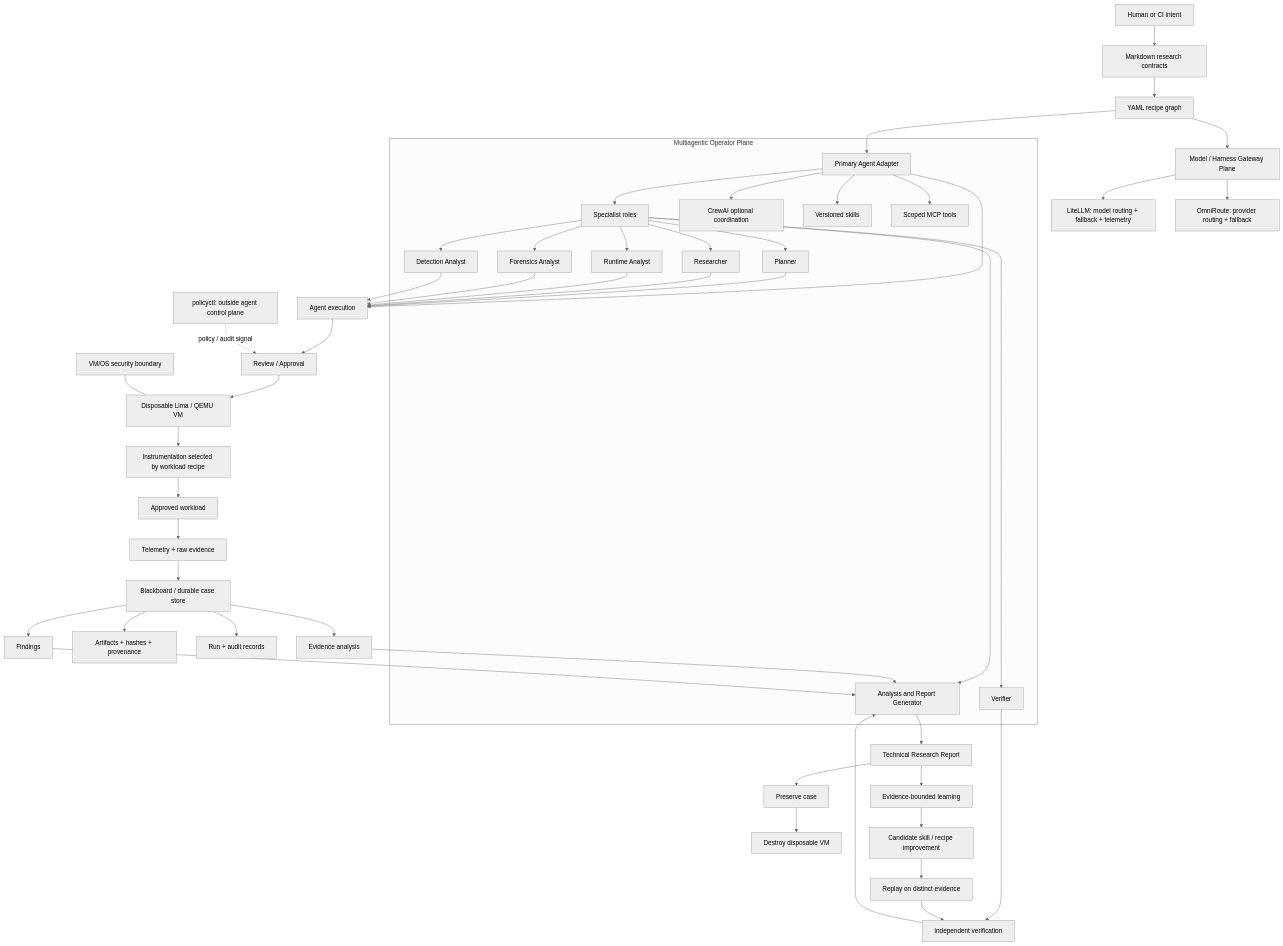
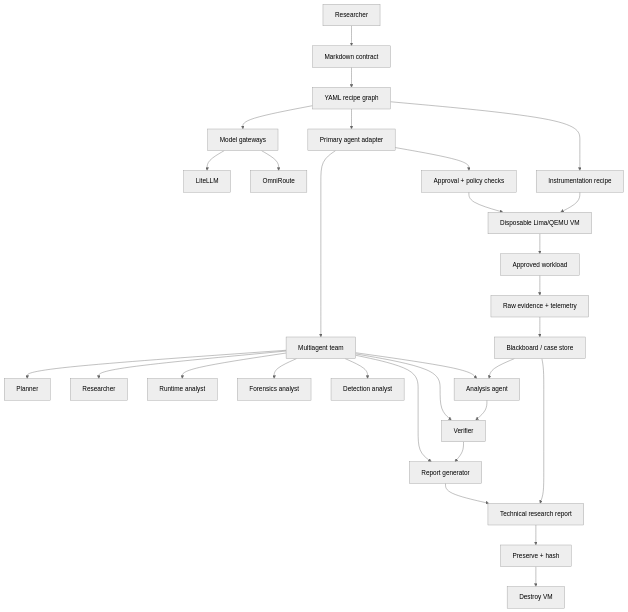
One commit to Opposum0112/Cusimanse changed the diagram in README.md. Above: the diagram before and after it, drawn with Mermaid (neutral theme). The commit also changed other lines of this file, not shown here.

Commit message:
docs: simplify researcher quickstart and runtime workflow

````diff
--- a/README.md
+++ b/README.md
@@ -19,57 +11,32 @@
 ```mermaid
 flowchart TD
-    H[Human or CI intent] --> C[Markdown research contracts]
-    C --> R[YAML recipe graph]
-    R --> A[Primary Agent Adapter]
-
-    subgraph O[Multiagentic Operator Plane]
-      A --> OR[Specialist roles]
-      OR --> PL[Planner]
-      OR --> RS[Researcher]
-      OR --> RA[Runtime Analyst]
-      OR --> FA[Forensics Analyst]
-      OR --> DA[Detection Analyst]
-      OR --> VE[Verifier]
-      OR --> RG[Analysis and Report Generator]
-      A --> CR[CrewAI optional coordination]
-      A --> SK[Versioned skills]
-      A --> MCP[Scoped MCP tools]
-    end
-
-    R --> GW[Model / Harness Gateway Plane]
-    GW --> LT[LiteLLM: model routing + fallback + telemetry]
-    GW --> OM[OmniRoute: provider routing + fallback]
-
-    A --> X[Agent execution]
-    PL --> X
-    RS --> X
-    RA --> X
-    FA --> X
-    DA --> X
-    X --> RV[Review / Approval]
-    RV --> VM[Disposable Lima / QEMU VM]
-    VM --> IN[Instrumentation selected by workload recipe]
-    IN --> WK[Approved workload]
-    WK --> COL[Telemetry + raw evidence]
-
-    COL --> BB[Blackboard / durable case store]
-    BB --> ART[Artifacts + hashes + provenance]
-    BB --> AUD[Run + audit records]
-    BB --> AN[Evidence analysis]
-    BB --> FIND[Findings]
-    VE --> IV[Independent verification]
-    AN --> RG
-    FIND --> RG
-    IV --> RG
-    RG --> RR[Technical Research Report]
-
-    RR --> PR[Preserve case]
-    PR --> DEST[Destroy disposable VM]
-    RR --> LEARN[Evidence-bounded learning]
-    LEARN --> CAND[Candidate skill / recipe improvement]
-    CAND --> REPLAY[Replay on distinct evidence]
-    REPLAY --> IV
-
-    PC[policyctl: outside agent control plane] -. policy / audit signal .-> RV
-    SEC[VM/OS security boundary] --- VM
+  H[Researcher] --> C[Markdown contract]
+  C --> R[YAML recipe graph]
+  R --> A[Primary agent adapter]
+  A --> TEAM[Multiagent team]
+  TEAM --> P[Planner]
+  TEAM --> RS[Researcher]
+  TEAM --> RA[Runtime analyst]
+  TEAM --> FO[Forensics analyst]
+  TEAM --> DA[Detection analyst]
+  TEAM --> V[Verifier]
+  TEAM --> AN[Analysis agent]
+  TEAM --> RG[Report generator]
+  R --> G[Model gateways]
+  G --> L[LiteLLM]
+  G --> O[OmniRoute]
+  A --> AP[Approval + policy checks]
+  AP --> VM[Disposable Lima/QEMU VM]
+  R --> I[Instrumentation recipe]
+  I --> VM
+  VM --> W[Approved workload]
+  W --> E[Raw evidence + telemetry]
+  E --> BB[Blackboard / case store]
+  BB --> AN
+  AN --> V
+  V --> RG
+  RG --> RR[Technical research report]
+  BB --> RR
+  RR --> PR[Preserve + hash]
+  PR --> D[Destroy VM]
 ```
````
